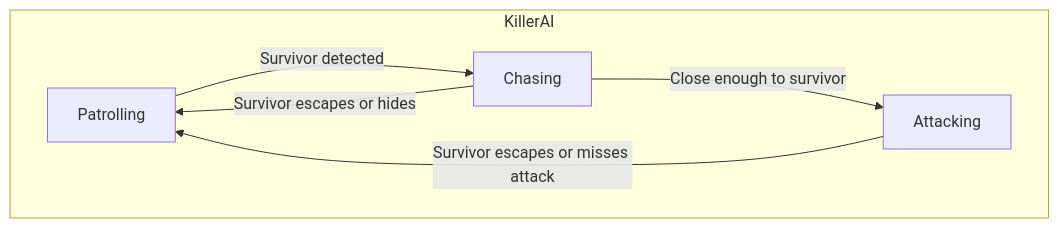
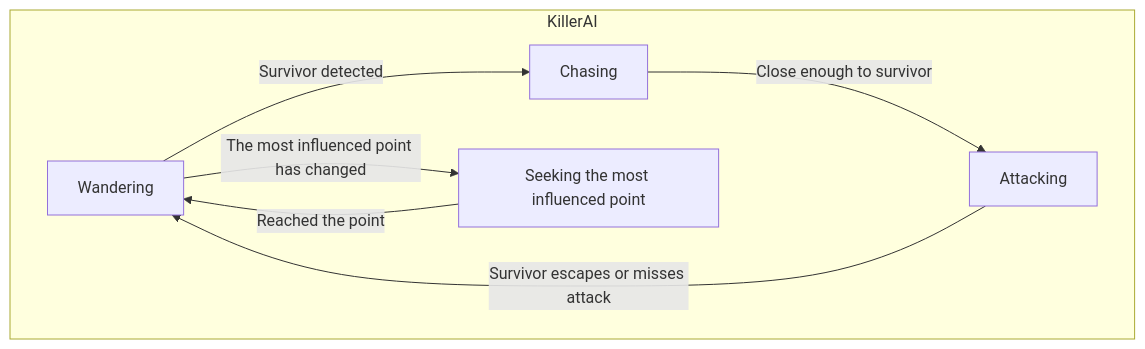
Before and after one commit to IAV24-Qin-Wen/ProyectoFinal: the second of 2 diagrams in README.md, drawn with Mermaid. The commit also changed other lines of this file, not shown here.

````diff
--- a/README.md
+++ b/README.md
@@ -254,14 +120,15 @@
 ```mermaid
 graph TD;
     subgraph KillerAI
-        H[Patrolling]
+        H[Wandering]
         I[Chasing]
         J[Attacking]
+        K[Seeking the most influenced point]
     
- 
         H -->|Survivor detected| I
-        I -->|Survivor escapes or hides| H
+        H -->|The most influenced point has changed| K
+        K -->|Reached the point| H
         I -->|Close enough to survivor| J
         J -->|Survivor escapes or misses attack| H
     end
 ```
````
